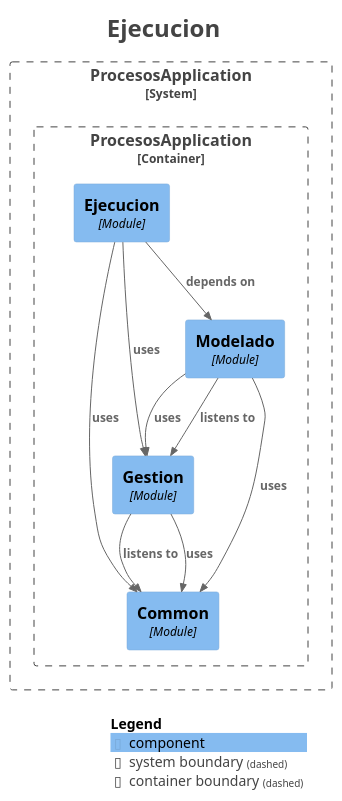
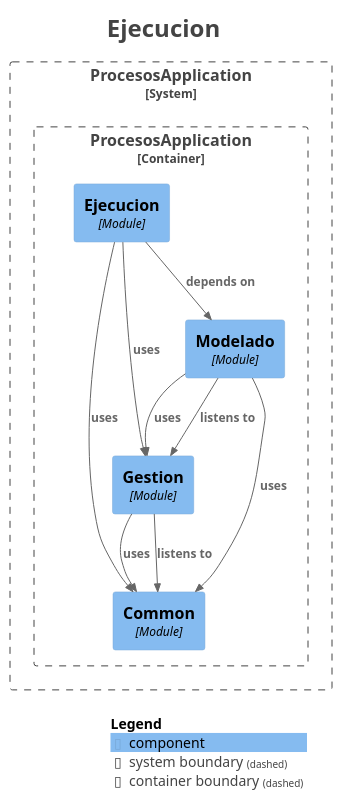
Before and after one commit to AndresContreras1/bpmn-process-manager-api: the diagram in docs/modules/module-ejecucion.puml, drawn with PlantUML. The commit also changed other lines of this file and 52 other files, not shown here.

```diff
--- a/docs/modules/module-ejecucion.puml
+++ b/docs/modules/module-ejecucion.puml
@@ -1,39 +1,39 @@
 @startuml
 title <size:24>Ejecucion</size>
 
 set separator none
 top to bottom direction
 
 <style>
   root {
     BackgroundColor: #ffffff
     FontColor: #444444
   }
 </style>
 
 !include <C4/C4>
 !include <C4/C4_Context>
 !include <C4/C4_Component>
 
 System_Boundary("ProcesosApplication_boundary", "ProcesosApplication", $tags="") {
   Container_Boundary("ProcesosApplication.ProcesosApplication_boundary", "ProcesosApplication", $tags="") {
     Component(ProcesosApplication.ProcesosApplication.Common, "Common", $techn="Module", $descr="", $tags="", $link="")
     Component(ProcesosApplication.ProcesosApplication.Gestion, "Gestion", $techn="Module", $descr="", $tags="", $link="")
     Component(ProcesosApplication.ProcesosApplication.Modelado, "Modelado", $techn="Module", $descr="", $tags="", $link="")
     Component(ProcesosApplication.ProcesosApplication.Ejecucion, "Ejecucion", $techn="Module", $descr="", $tags="", $link="")
   }
 
 }
 
+Rel(ProcesosApplication.ProcesosApplication.Gestion, ProcesosApplication.ProcesosApplication.Common, "uses", $techn="", $tags="", $link="")
+Rel(ProcesosApplication.ProcesosApplication.Modelado, ProcesosApplication.ProcesosApplication.Gestion, "listens to", $techn="", $tags="", $link="")
+Rel(ProcesosApplication.ProcesosApplication.Modelado, ProcesosApplication.ProcesosApplication.Gestion, "uses", $techn="", $tags="", $link="")
+Rel(ProcesosApplication.ProcesosApplication.Modelado, ProcesosApplication.ProcesosApplication.Common, "uses", $techn="", $tags="", $link="")
 Rel(ProcesosApplication.ProcesosApplication.Ejecucion, ProcesosApplication.ProcesosApplication.Modelado, "depends on", $techn="", $tags="", $link="")
 Rel(ProcesosApplication.ProcesosApplication.Ejecucion, ProcesosApplication.ProcesosApplication.Common, "uses", $techn="", $tags="", $link="")
 Rel(ProcesosApplication.ProcesosApplication.Ejecucion, ProcesosApplication.ProcesosApplication.Gestion, "uses", $techn="", $tags="", $link="")
 Rel(ProcesosApplication.ProcesosApplication.Gestion, ProcesosApplication.ProcesosApplication.Common, "listens to", $techn="", $tags="", $link="")
-Rel(ProcesosApplication.ProcesosApplication.Gestion, ProcesosApplication.ProcesosApplication.Common, "uses", $techn="", $tags="", $link="")
-Rel(ProcesosApplication.ProcesosApplication.Modelado, ProcesosApplication.ProcesosApplication.Gestion, "listens to", $techn="", $tags="", $link="")
-Rel(ProcesosApplication.ProcesosApplication.Modelado, ProcesosApplication.ProcesosApplication.Gestion, "uses", $techn="", $tags="", $link="")
-Rel(ProcesosApplication.ProcesosApplication.Modelado, ProcesosApplication.ProcesosApplication.Common, "uses", $techn="", $tags="", $link="")
 
 SHOW_LEGEND(true)
 hide stereotypes
 @enduml
```
